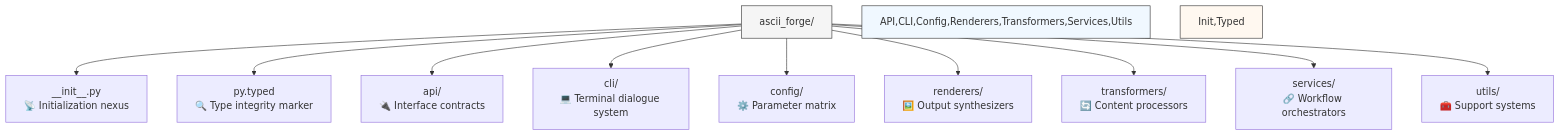
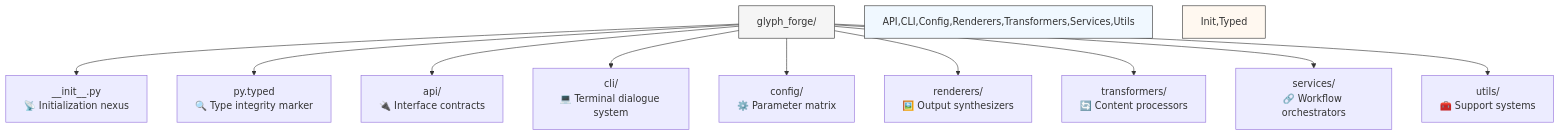
Before and after one commit to Ace1928/glyph_forge: the second of 4 diagrams in project_structure.md, drawn with Mermaid. The commit also changed other lines of this file and 62 other files, not shown here.

Commit message:
began refactor: rename project from ASCII Forge to Glyph Forge and restructure services

````diff
--- a/project_structure.md
+++ b/project_structure.md
@@ -43,17 +43,17 @@
 ```mermaid
 flowchart TD
-    Core["ascii_forge/"] --> Init["__init__.py\n📡 Initialization nexus"]
+    Core["glyph_forge/"] --> Init["__init__.py\n📡 Initialization nexus"]
     Core --> Typed["py.typed\n🔍 Type integrity marker"]
     
     Core --> API["api/\n🔌 Interface contracts"]
     Core --> CLI["cli/\n💻 Terminal dialogue system"]
     Core --> Config["config/\n⚙️ Parameter matrix"]
     Core --> Renderers["renderers/\n🖼️ Output synthesizers"]
     Core --> Transformers["transformers/\n🔄 Content processors"]
     Core --> Services["services/\n🔗 Workflow orchestrators"]
     Core --> Utils["utils/\n🧰 Support systems"]
     
     style Core fill:#f5f5f5,stroke:#333,stroke-width:1px
     style API,CLI,Config,Renderers,Transformers,Services,Utils fill:#f0f8ff,stroke:#333,stroke-width:1px
     style Init,Typed fill:#fff8f0,stroke:#333,stroke-width:1px
 ```
````
